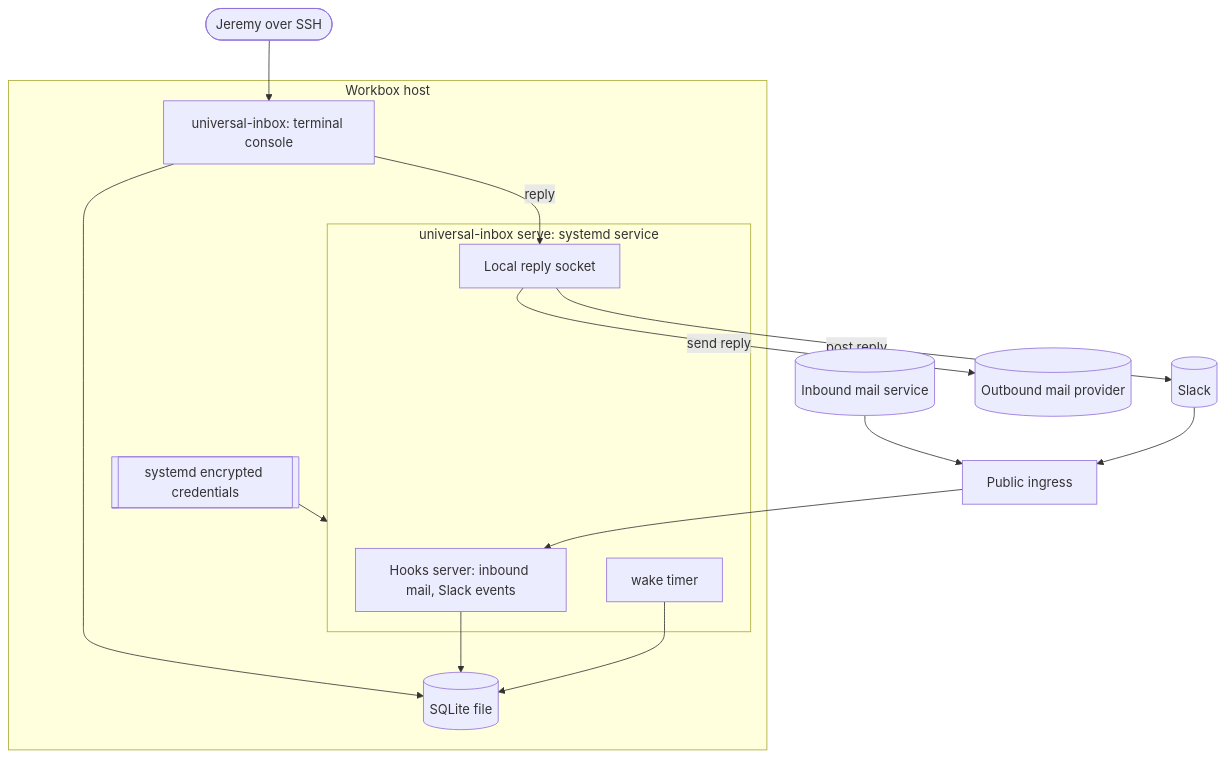
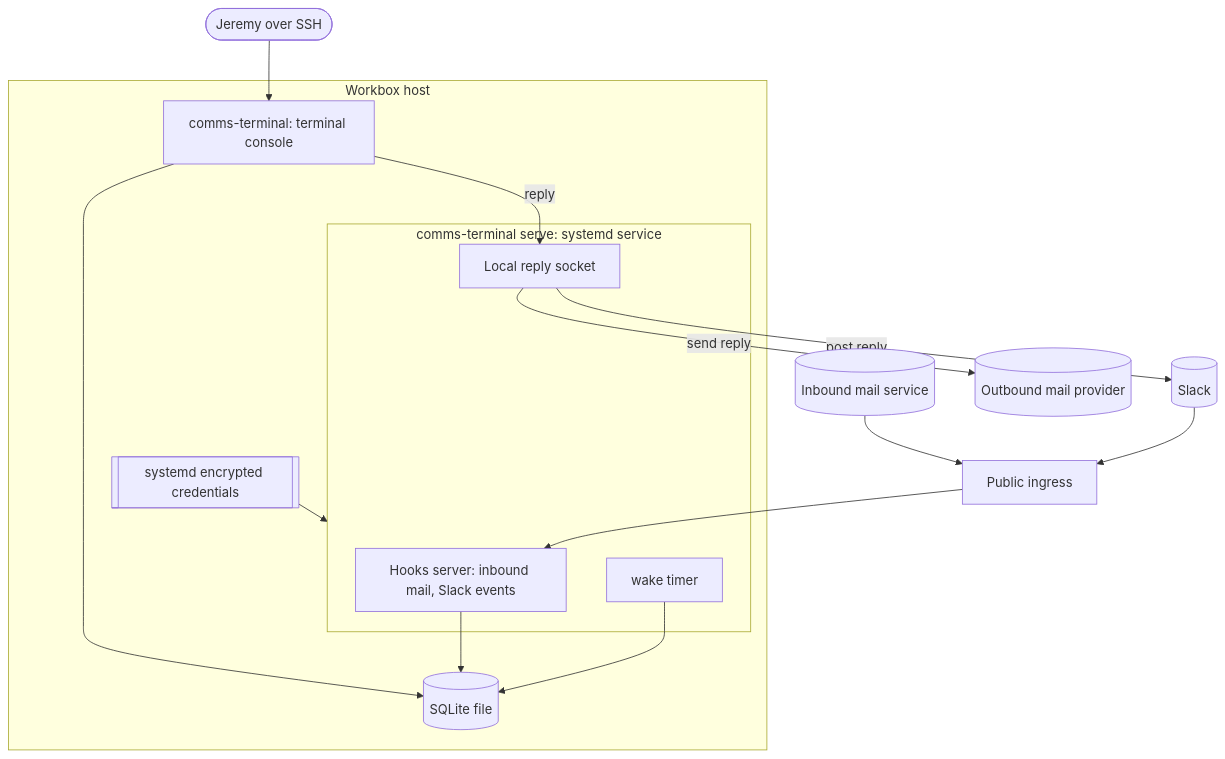
The second of 3 diagrams in docs/prd.md (JMLegere/comms-terminal), drawn with Mermaid before and after one commit. The commit also changed other lines of this file and 181 other files, not shown here.

First line of the commit message:
Rename: Universal Inbox is now Comms Terminal

````diff
--- a/docs/prd.md
+++ b/docs/prd.md
@@ -300,24 +300,24 @@
 ```mermaid
 flowchart TB
   subgraph Workbox[Workbox host]
-    subgraph SVC[universal-inbox serve: systemd service]
+    subgraph SVC[comms-terminal serve: systemd service]
       HOOKS[Hooks server: inbound mail, Slack events]
       SOCK[Local reply socket]
       WAKE[wake timer]
     end
-    TUI[universal-inbox: terminal console]
+    TUI[comms-terminal: terminal console]
     DB[(SQLite file)]
     CRED[[systemd encrypted credentials]]
   end
   ING[Public ingress] --> HOOKS
   IM[(Inbound mail service)] --> ING
   SL[(Slack)] --> ING
   CRED --> SVC
   HOOKS --> DB
   WAKE --> DB
   TUI --> DB
   TUI -->|reply| SOCK
   SOCK -->|send reply| OM[(Outbound mail provider)]
   SOCK -->|post reply| SL
   J([Jeremy over SSH]) --> TUI
 ```
````
